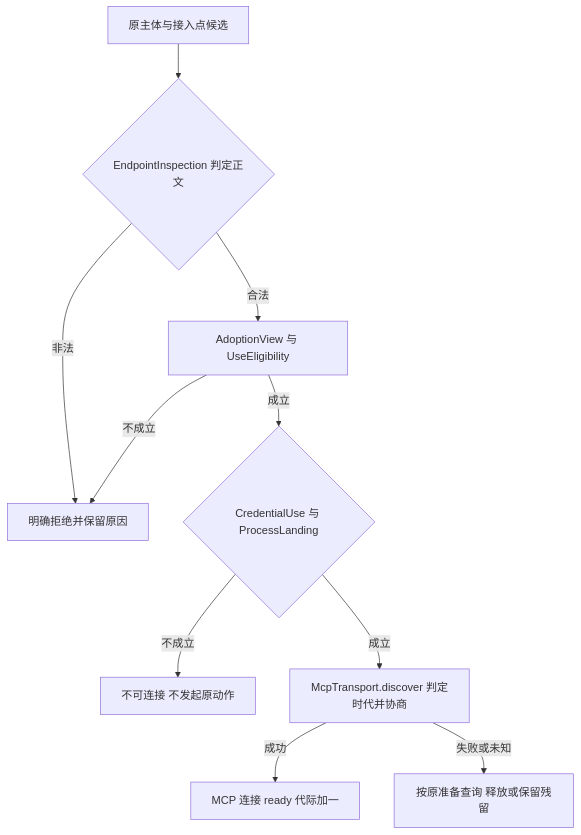
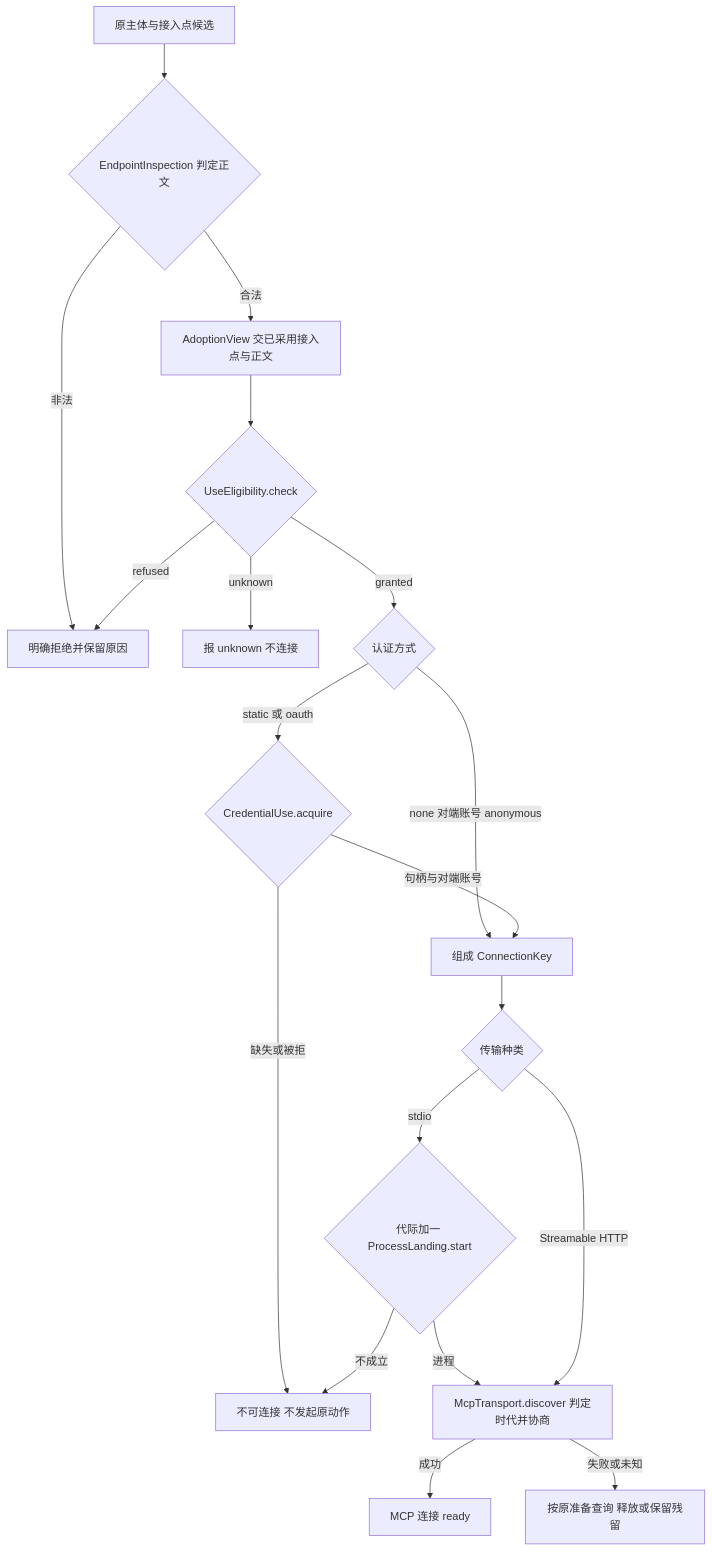
The first of 3 diagrams in packages/mcp/docs/key-flows.md (nemori-ai/omne-harness-lite), drawn with Mermaid before and after one commit. The commit also changed other lines of this file and 6 other files, not shown here.

````diff
--- a/packages/mcp/docs/key-flows.md
+++ b/packages/mcp/docs/key-flows.md
@@ -17,12 +19,21 @@
 ```mermaid
 flowchart TD
     A[原主体与接入点候选] --> B{EndpointInspection 判定正文}
     B -->|非法| R[明确拒绝并保留原因]
-    B -->|合法| C[AdoptionView 与 UseEligibility]
-    C -->|不成立| R
-    C -->|成立| D{CredentialUse 与 ProcessLanding}
-    D -->|不成立| U[不可连接 不发起原动作]
-    D -->|成立| E[McpTransport.discover 判定时代并协商]
-    E -->|成功| G[MCP 连接 ready 代际加一]
+    B -->|合法| C[AdoptionView 交已采用接入点与正文]
+    C --> Q{UseEligibility.check}
+    Q -->|refused| R
+    Q -->|unknown| N[报 unknown 不连接]
+    Q -->|granted| M{认证方式}
+    M -->|none 对端账号 anonymous| K[组成 ConnectionKey]
+    M -->|static 或 oauth| D{CredentialUse.acquire}
+    D -->|缺失或被拒| U[不可连接 不发起原动作]
+    D -->|句柄与对端账号| K
+    K --> S{传输种类}
+    S -->|stdio| L{代际加一 ProcessLanding.start}
+    L -->|不成立| U
+    L -->|进程| E[McpTransport.discover 判定时代并协商]
+    S -->|Streamable HTTP| E
+    E -->|成功| G[MCP 连接 ready]
     E -->|失败或未知| H[按原准备查询 释放或保留残留]
 ```
````
